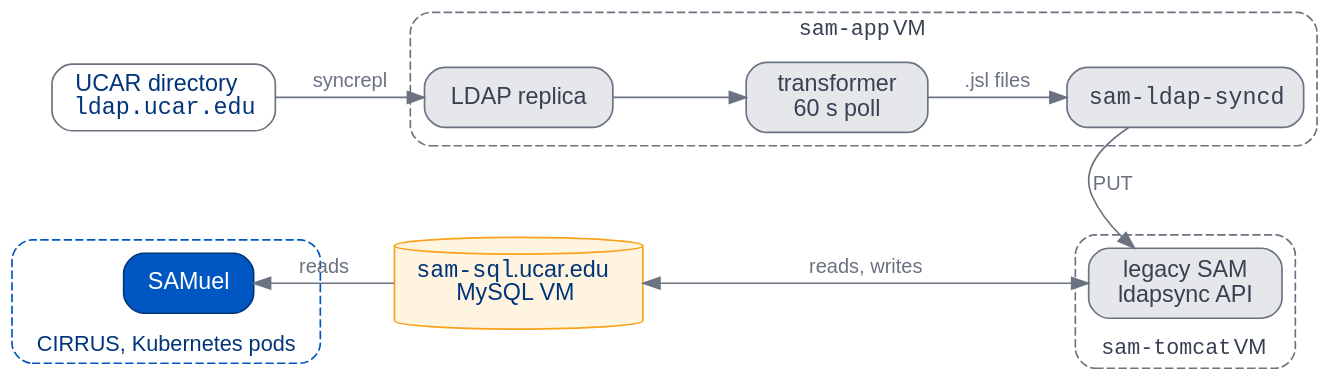
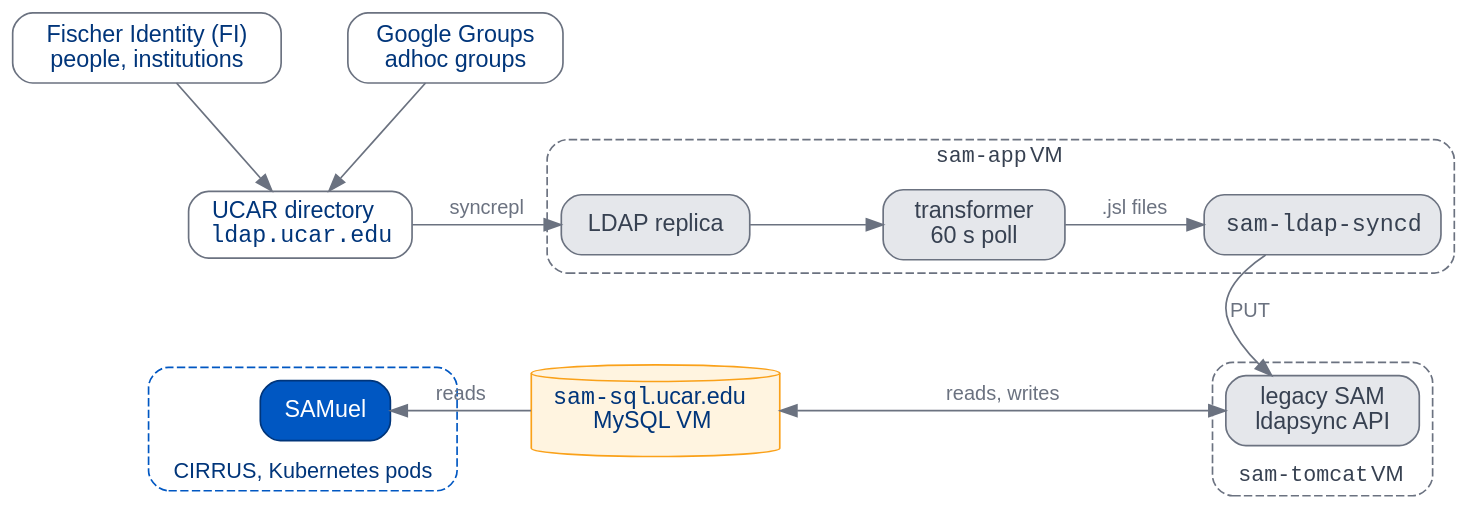
The third of 7 diagrams in docs/presentations/samuel/_4-systems.qmd (benkirk/sam-queries), drawn with Graphviz before and after one commit. The commit also changed other lines of this file and 47 other files, not shown here.

````diff
--- a/docs/presentations/samuel/_4-systems.qmd
+++ b/docs/presentations/samuel/_4-systems.qmd
@@ -202,39 +208,44 @@
 ```{dot}
 //| fig-width: 10
 digraph Identity {
   graph [rankdir=TB, newrank=true, nodesep=0.55, ranksep=0.7, bgcolor="transparent",
          fontname="Helvetica", fontsize=13, fontcolor="#374151"];
   node  [shape=box, style="rounded,filled", fontname="Helvetica", fontsize=14,
          fillcolor="#E5E7EB", color="#6B7280", fontcolor="#374151", margin="0.18,0.08"];
   edge  [fontname="Helvetica", fontsize=12, color="#6B7280", fontcolor="#6B7280"];
+  fi     [label="Fischer Identity (FI)\npeople, institutions", fillcolor="#FFFFFF", fontcolor="#00357A"];
+  gg     [label="Google Groups\nadhoc groups", fillcolor="#FFFFFF", fontcolor="#00357A"];
   dir    [label=<UCAR directory<BR/><FONT FACE="Courier">ldap.ucar.edu</FONT>>, fillcolor="#FFFFFF", fontcolor="#00357A"];
   subgraph cluster_app {
     label=<<FONT FACE="Courier">sam-app</FONT>&#160;VM>; style="rounded,dashed"; color="#6B7280";
     repl  [label="LDAP replica"];
     xf    [label="transformer\n60 s poll"];
     syncd [label=<<FONT FACE="Courier">sam-ldap-syncd</FONT>>];
   }
   subgraph cluster_tomcat {
     label=<<FONT FACE="Courier">sam-tomcat</FONT>&#160;VM>; labelloc=b; style="rounded,dashed"; color="#6B7280";
     tomcat [label="legacy SAM\nldapsync API"];
   }
   sql    [label=<<FONT FACE="Courier">sam-sql</FONT>.ucar.edu<BR/>MySQL VM>, shape=cylinder, fillcolor="#FFF4E0",
           color="#FAA119", fontcolor="#00357A"];
   subgraph cluster_cirrus {
     label="CIRRUS, Kubernetes pods"; labelloc=b; style="rounded,dashed"; color="#0057C2";
     fontcolor="#00357A";
     samuel [label="SAMuel", fillcolor="#0057C2", color="#00357A", fontcolor="#FFFFFF"];
   }
   {rank=same; dir; repl; xf; syncd}
   {rank=same; samuel; sql; tomcat}
+  {rank=same; fi; gg}
+  fi -> dir;
+  gg -> dir;
   dir -> repl [label="syncrepl"];
   repl -> xf;
   xf -> syncd [label=".jsl files"];
   syncd -> tomcat [label="PUT"];
   samuel -> sql [dir=back, label="reads"];
   sql -> tomcat [dir=both, label="reads, writes"];
   dir -> samuel [style=invis];
   repl -> sql [style=invis];
   syncd -> tomcat [style=invis, weight=5];
 }
 ```
````
